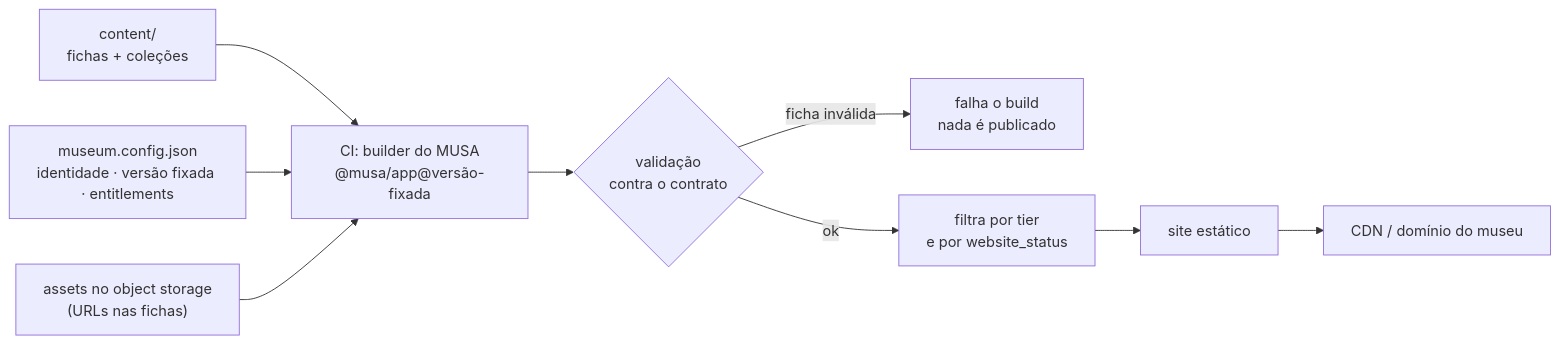
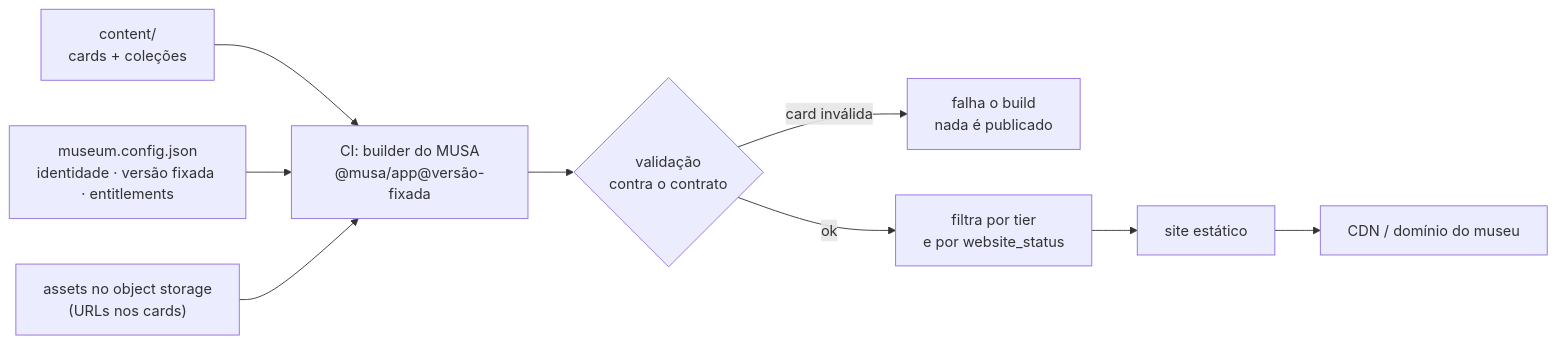
Before and after one commit to Agua-Games/DemoMuseum: the diagram in README.md, drawn with Mermaid. The commit also changed other lines of this file and 8 other files, not shown here.

````diff
--- a/README.md
+++ b/README.md
@@ -51,11 +51,11 @@
 ```mermaid
 flowchart LR
-    A["content/<br/>fichas + coleções"] --> D
+    A["content/<br/>cards + coleções"] --> D
     B["museum.config.json<br/>identidade · versão fixada · entitlements"] --> D
-    C["assets no object storage<br/>(URLs nas fichas)"] --> D
+    C["assets no object storage<br/>(URLs nos cards)"] --> D
     D["CI: builder do MUSA<br/>@musa/app@versão-fixada"] --> E{"validação<br/>contra o contrato"}
-    E -- "ficha inválida" --> F["falha o build<br/>nada é publicado"]
+    E -- "card inválida" --> F["falha o build<br/>nada é publicado"]
     E -- ok --> G["filtra por tier<br/>e por website_status"]
     G --> H["site estático"]
     H --> I["CDN / domínio do museu"]
 ```
````
